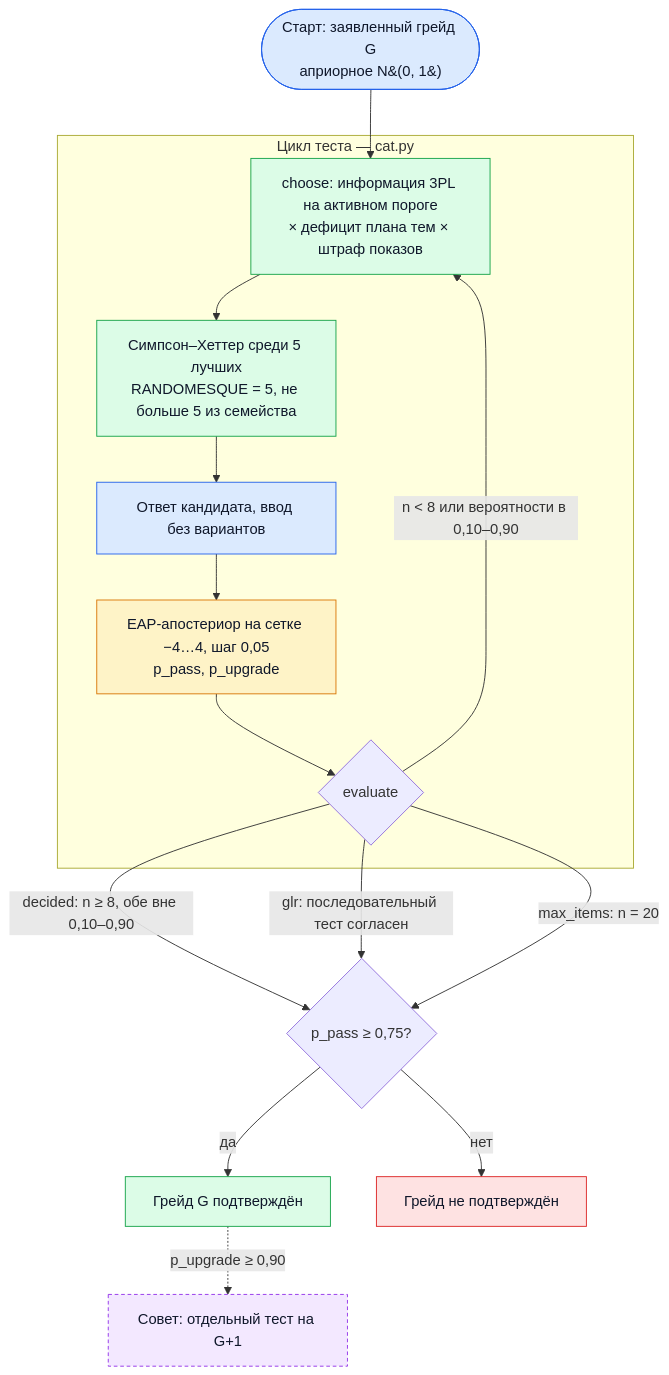
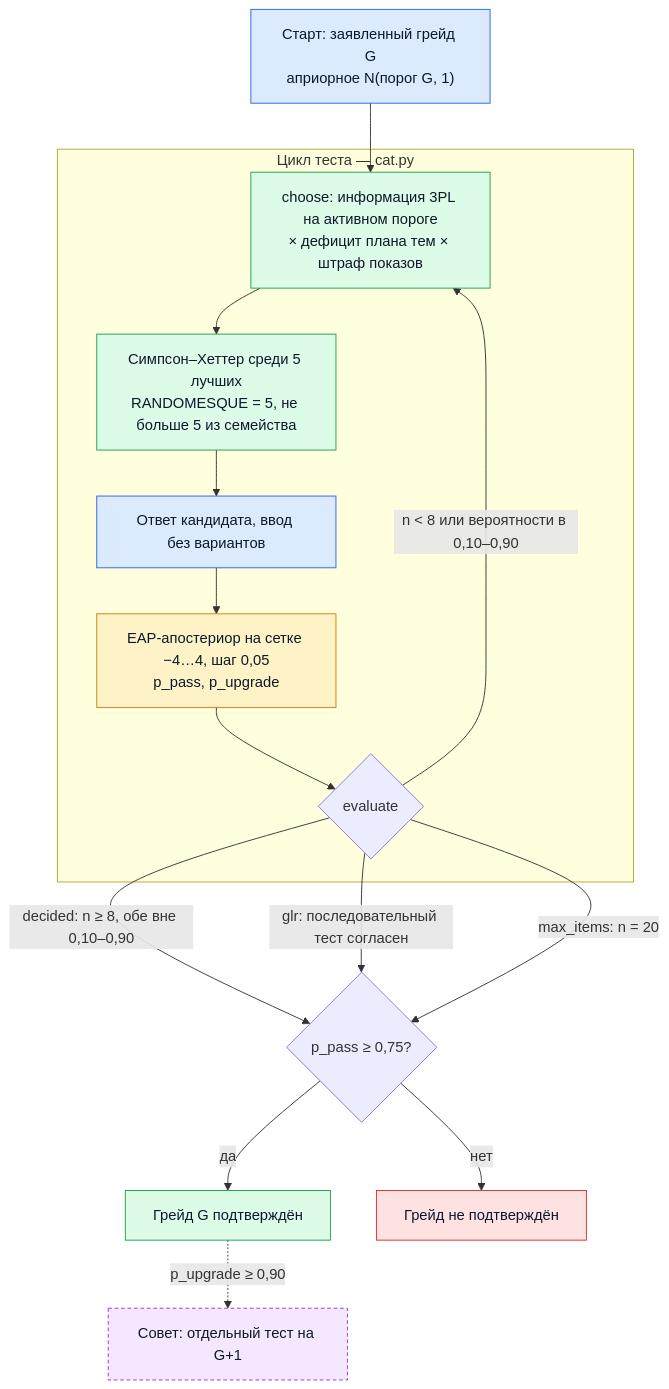
One commit to KonkovDV/fsp-talent changed the third of 4 diagrams in ARCHITECTURE.md. Above: the diagram before and after it, drawn with Mermaid. The commit also changed other lines of this file and 165 other files, not shown here.

````diff
--- a/ARCHITECTURE.md
+++ b/ARCHITECTURE.md
@@ -81,24 +81,24 @@
 ```mermaid
 flowchart TD
-  ST([Старт: заявленный грейд G<br/>априорное N&#40;0, 1&#41;]):::ui --> SEL
+  ST["Старт: заявленный грейд G<br/>априорное N(порог G, 1)"]:::ui --> SEL
   subgraph LOOP["Цикл теста — cat.py"]
     SEL[choose: информация 3PL на активном пороге<br/>× дефицит плана тем × штраф показов]:::core
     SEL --> SH[Симпсон–Хеттер среди 5 лучших<br/>RANDOMESQUE = 5, не больше 5 из семейства]:::core
     SH --> ANS[Ответ кандидата, ввод без вариантов]:::ui
     ANS --> EAP[EAP-апостериор на сетке −4…4, шаг 0,05<br/>p_pass, p_upgrade]:::data
     EAP --> EV{evaluate}
   end
   EV -->|"n < 8 или вероятности в 0,10–0,90"| SEL
   EV -->|"decided: n ≥ 8, обе вне 0,10–0,90"| DEC
   EV -->|"glr: последовательный тест согласен"| DEC
   EV -->|"max_items: n = 20"| DEC
   DEC{p_pass ≥ 0,75?}
   DEC -->|да| OK[Грейд G подтверждён]:::core
   DEC -->|нет| NO[Грейд не подтверждён]:::warn
   OK -.->|"p_upgrade ≥ 0,90"| UP[Совет: отдельный тест на G+1]:::ext
   classDef ui fill:#dbeafe,stroke:#2563eb,color:#0f172a
   classDef core fill:#dcfce7,stroke:#16a34a,color:#0f172a
   classDef data fill:#fef3c7,stroke:#d97706,color:#0f172a
   classDef ext fill:#f3e8ff,stroke:#9333ea,color:#0f172a,stroke-dasharray:4 3
   classDef warn fill:#fee2e2,stroke:#dc2626,color:#0f172a
 ```
````
